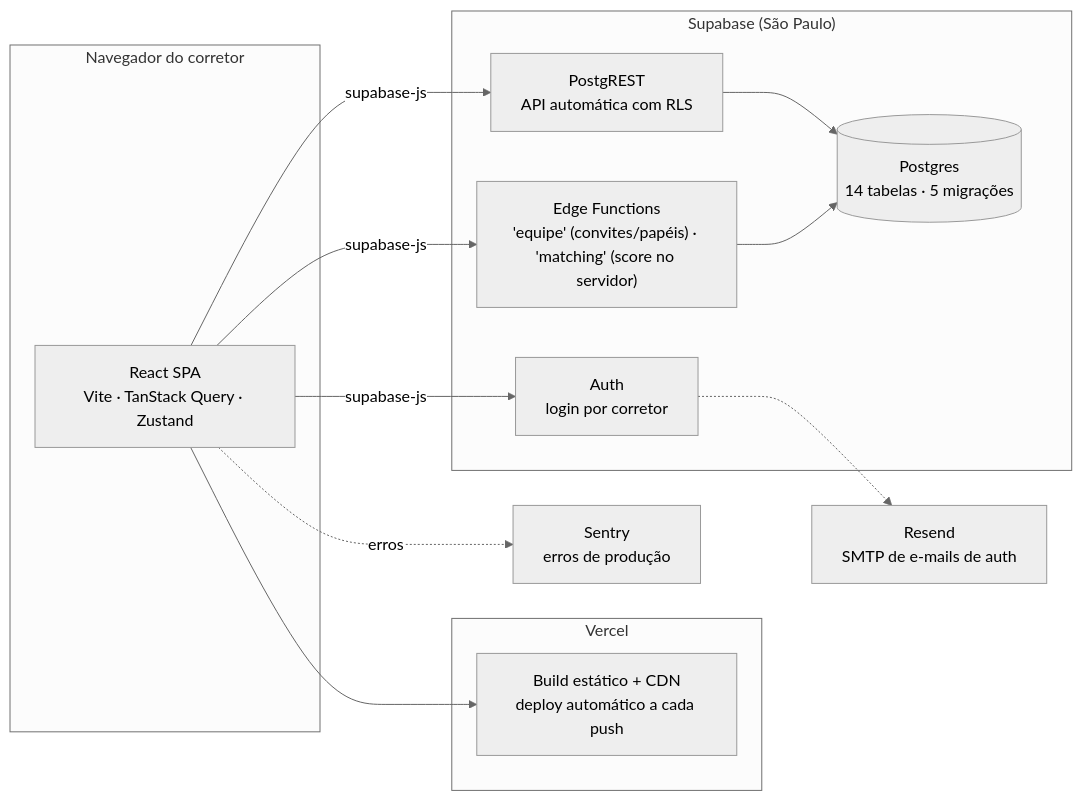
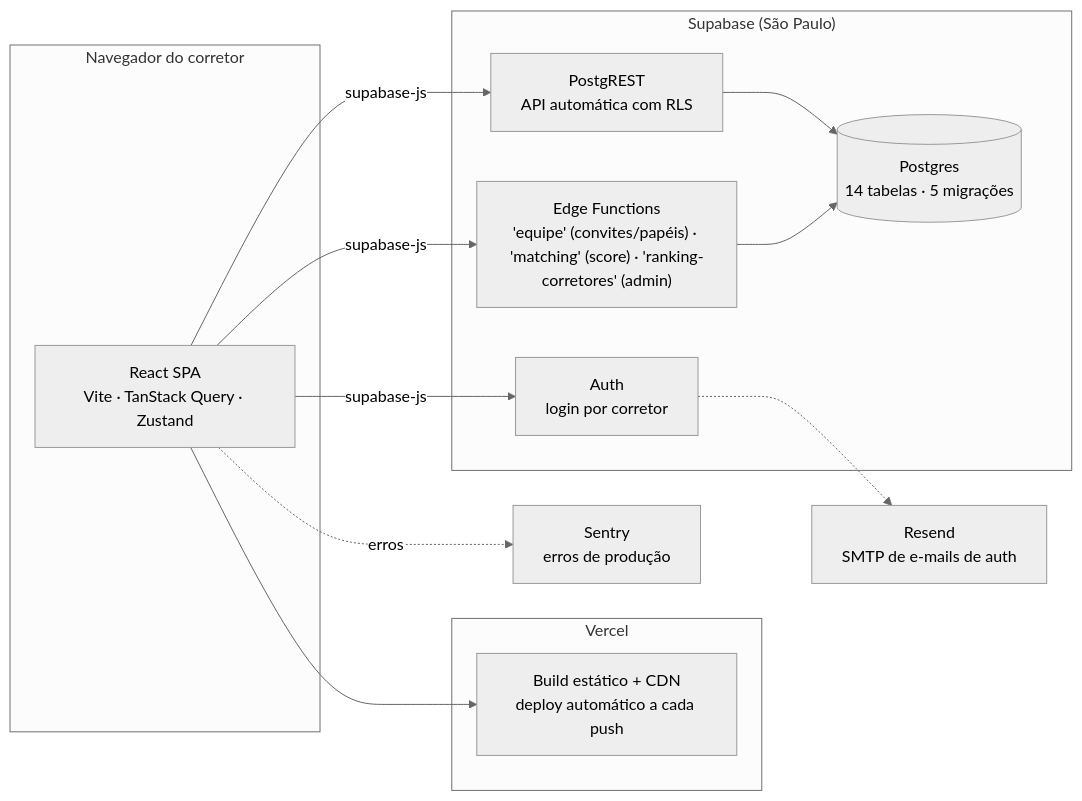
Before and after one commit to mrobertzenith/navis-com-voce-mockup: the first of 4 diagrams in README.md, drawn with Mermaid (neutral theme). The commit also changed other lines of this file and 5 other files, not shown here.

````diff
--- a/README.md
+++ b/README.md
@@ -14,29 +14,29 @@
 ```mermaid
 flowchart LR
     subgraph client["Navegador do corretor"]
         UI["React SPA<br/>Vite · TanStack Query · Zustand"]
     end
 
     subgraph vercel["Vercel"]
         CDN["Build estático + CDN<br/>deploy automático a cada push"]
     end
 
     subgraph supabase["Supabase (São Paulo)"]
         AUTH["Auth<br/>login por corretor"]
         API["PostgREST<br/>API automática com RLS"]
-        FN["Edge Functions<br/>'equipe' (convites/papéis) · 'matching' (score no servidor)"]
+        FN["Edge Functions<br/>'equipe' (convites/papéis) · 'matching' (score) · 'ranking-corretores' (admin)"]
         DB[("Postgres<br/>14 tabelas · 5 migrações")]
     end
 
     SENTRY["Sentry<br/>erros de produção"]
     RESEND["Resend<br/>SMTP de e-mails de auth"]
 
     UI --> CDN
     UI -->|supabase-js| AUTH
     UI -->|supabase-js| API
     UI -->|supabase-js| FN
     API --> DB
     FN --> DB
     AUTH -.-> RESEND
     UI -.->|erros| SENTRY
 ```
````
